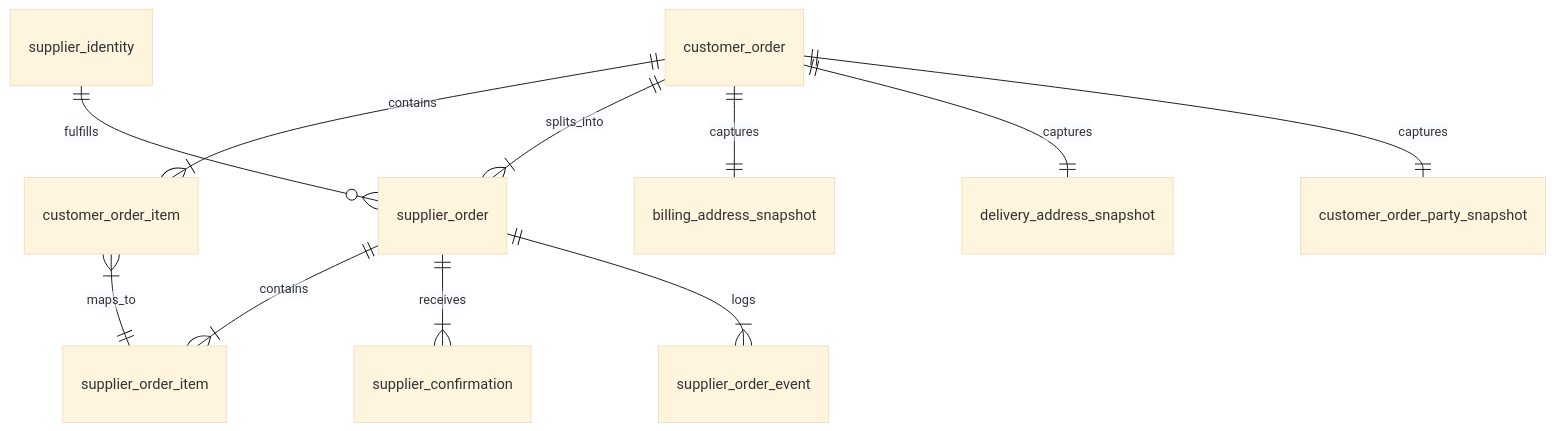
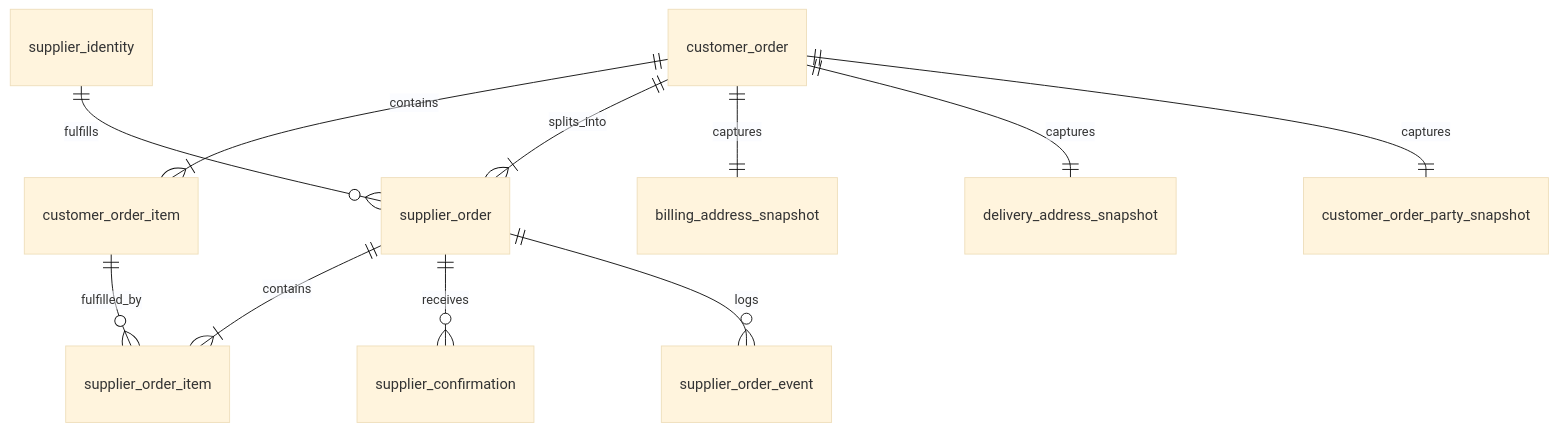
The first of 4 diagrams in docs/data-model/lm-drop-data-model-56b0-logical-erd.md (pfipl1975/logimarket_marketplace), drawn with Mermaid (base theme) before and after one commit. The commit also changed other lines of this file and 1 other file, not shown here.

Commit message:
docs(data-model): complete entity catalog and logical ERD

````diff
--- a/docs/data-model/lm-drop-data-model-56b0-logical-erd.md
+++ b/docs/data-model/lm-drop-data-model-56b0-logical-erd.md
@@ -35,15 +35,15 @@
 ```mermaid
 erDiagram
     customer_order ||--|{ customer_order_item : contains
     customer_order ||--|{ supplier_order : splits_into
     customer_order ||--|| billing_address_snapshot : captures
     customer_order ||--|| delivery_address_snapshot : captures
     customer_order ||--|| customer_order_party_snapshot : captures
 
     supplier_order ||--|{ supplier_order_item : contains
-    supplier_order ||--|{ supplier_confirmation : receives
-    supplier_order ||--|{ supplier_order_event : logs
+    supplier_order ||--o{ supplier_confirmation : receives
+    supplier_order ||--o{ supplier_order_event : logs
 
-    customer_order_item }|--|| supplier_order_item : maps_to
+    customer_order_item ||--o{ supplier_order_item : fulfilled_by
     supplier_identity ||--o{ supplier_order : fulfills
 ```
````
